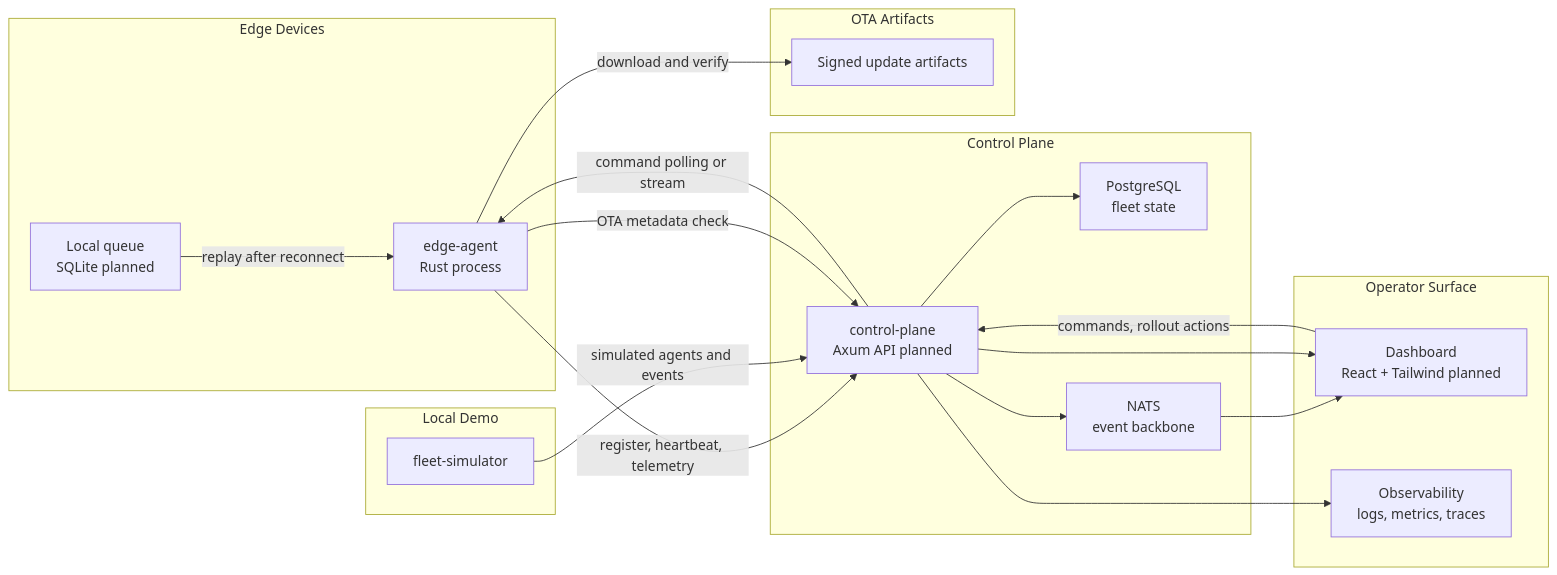
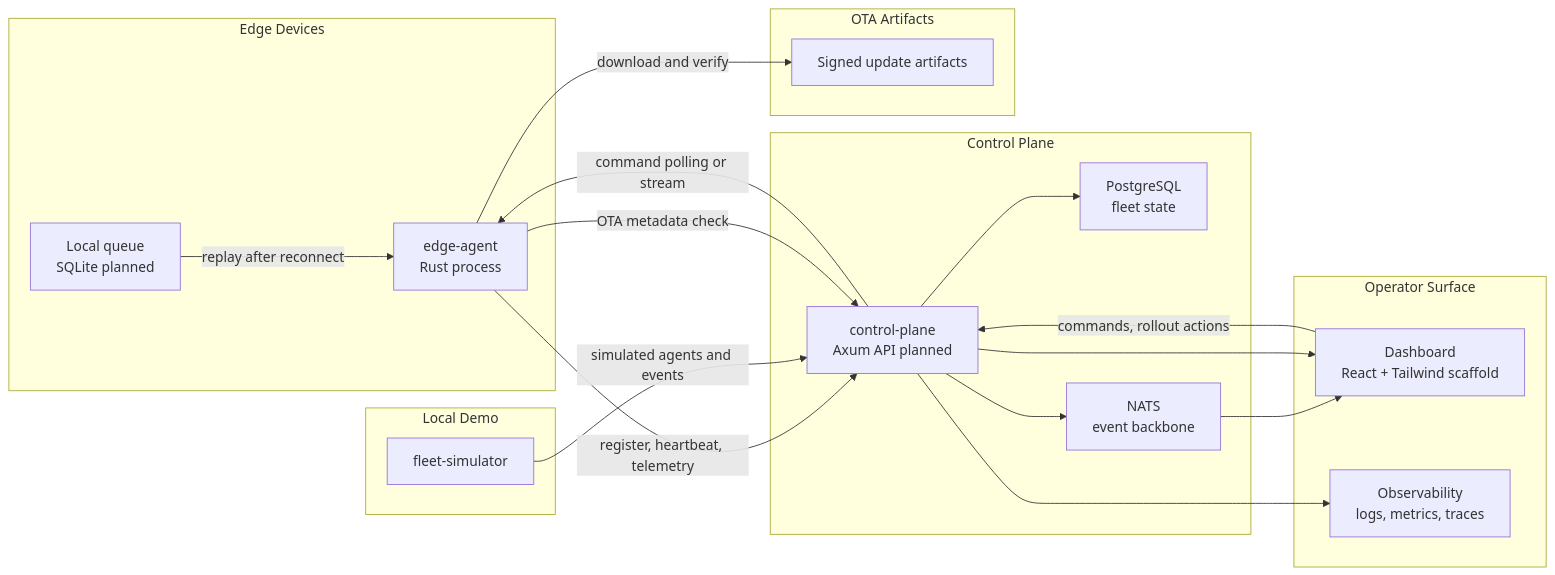
Before and after one commit to SeanStarkey/EdgeFleet: the diagram in docs/architecture.md, drawn with Mermaid. The commit also changed other lines of this file and 19 other files, not shown here.

Commit message:
Add dashboard scaffold

````diff
--- a/docs/architecture.md
+++ b/docs/architecture.md
@@ -34,39 +33,39 @@
 ```mermaid
 flowchart LR
     subgraph Edge["Edge Devices"]
         Agent["edge-agent\nRust process"]
         Queue["Local queue\nSQLite planned"]
     end
 
     subgraph Simulator["Local Demo"]
         Sim["fleet-simulator"]
     end
 
     subgraph Control["Control Plane"]
         Api["control-plane\nAxum API planned"]
         Db["PostgreSQL\nfleet state"]
         Nats["NATS\nevent backbone"]
     end
 
     subgraph Operations["Operator Surface"]
-        Dash["Dashboard\nReact + Tailwind planned"]
+        Dash["Dashboard\nReact + Tailwind scaffold"]
         Obs["Observability\nlogs, metrics, traces"]
     end
 
     subgraph Updates["OTA Artifacts"]
         Artifacts["Signed update artifacts"]
     end
 
     Agent -->|"register, heartbeat, telemetry"| Api
     Queue -->|"replay after reconnect"| Agent
     Sim -->|"simulated agents and events"| Api
     Api --> Db
     Api --> Nats
     Nats --> Dash
     Api --> Dash
     Api --> Obs
     Dash -->|"commands, rollout actions"| Api
     Api -->|"command polling or stream"| Agent
     Agent -->|"OTA metadata check"| Api
     Agent -->|"download and verify"| Artifacts
 ```
````
